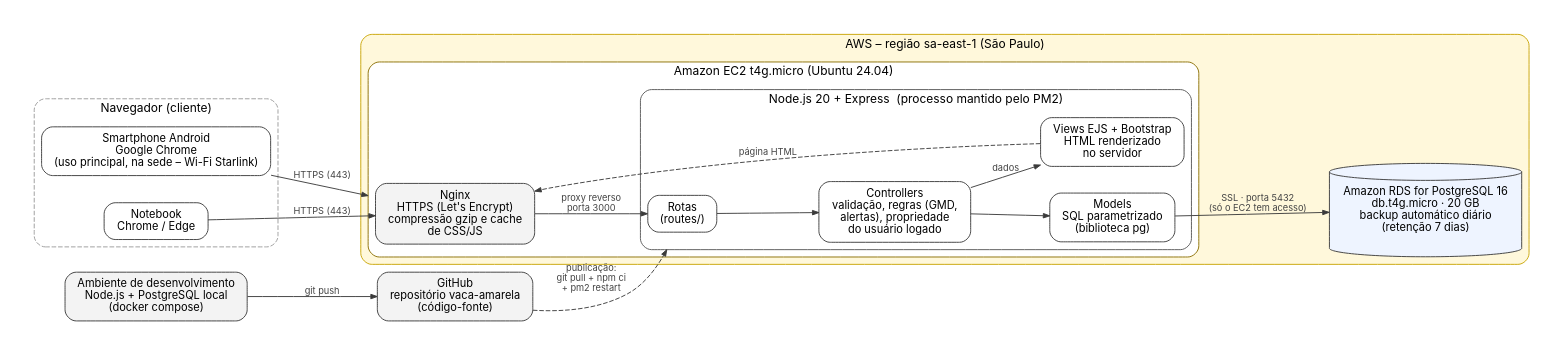
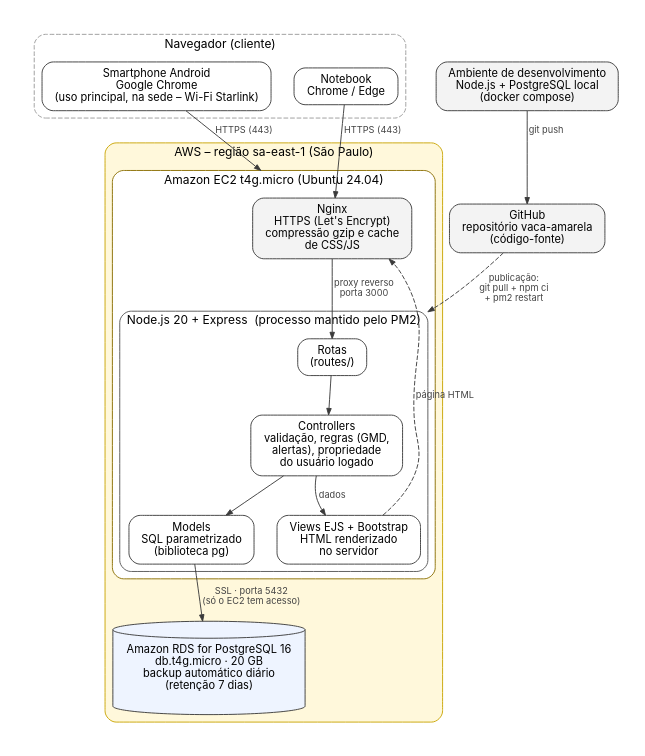
The diagram in docs/diagramas/arquitetura.dot (gabryelasodre/vaca-amarela), drawn with Graphviz before and after one commit. The commit also changed 1 other file, not shown here.

Commit message:
docs: diagrama de arquitetura na vertical para leitura no relatório

```diff
--- a/docs/diagramas/arquitetura.dot
+++ b/docs/diagramas/arquitetura.dot
@@ -1,35 +1,35 @@
 digraph arq {
-  graph [rankdir=LR, fontname="Inter", fontsize=13, nodesep=0.4, ranksep=0.6, pad=0.3, compound=true, bgcolor="white"];
+  graph [rankdir=TB, fontname="Inter", fontsize=13, nodesep=0.35, ranksep=0.45, pad=0.3, compound=true, bgcolor="white"];
   node  [shape=box, style="rounded,filled", fillcolor="#FFFFFF", color="#3A3A3A", fontname="Inter", fontsize=12, margin="0.18,0.1"];
   edge  [color="#3A3A3A", fontname="Inter", fontsize=10, fontcolor="#444444", arrowsize=0.7];
 
   subgraph cluster_user { label="Navegador (cliente)"; style="rounded,dashed"; color="#9A9A9A";
     cel [label="Smartphone Android\nGoogle Chrome\n(uso principal, na sede – Wi-Fi Starlink)"];
     note [label="Notebook\nChrome / Edge"];
   }
 
   subgraph cluster_aws { label="AWS – região sa-east-1 (São Paulo)"; style="rounded,filled"; fillcolor="#FFF8DB"; color="#C9A400";
     subgraph cluster_ec2 { label="Amazon EC2 t4g.micro (Ubuntu 24.04)"; style="rounded,filled"; fillcolor="#FFFFFF"; color="#8A6D00";
       nginx [label="Nginx\nHTTPS (Let's Encrypt)\ncompressão gzip e cache\nde CSS/JS", fillcolor="#F3F3F3"];
       subgraph cluster_node { label="Node.js 20 + Express  (processo mantido pelo PM2)"; style="rounded"; color="#555555";
         rotas [label="Rotas\n(routes/)"];
         ctrl  [label="Controllers\nvalidação, regras (GMD,\nalertas), propriedade\ndo usuário logado"];
         model [label="Models\nSQL parametrizado\n(biblioteca pg)"];
         views [label="Views EJS + Bootstrap\nHTML renderizado\nno servidor"];
       }
     }
     rds [label="Amazon RDS for PostgreSQL 16\ndb.t4g.micro · 20 GB\nbackup automático diário\n(retenção 7 dias)", shape=cylinder, fillcolor="#EEF4FF", margin="0.2,0.15"];
   }
 
   gh [label="GitHub\nrepositório vaca-amarela\n(código-fonte)", fillcolor="#F3F3F3"];
   dev [label="Ambiente de desenvolvimento\nNode.js + PostgreSQL local\n(docker compose)", fillcolor="#F3F3F3"];
 
   cel -> nginx [label=" HTTPS (443)", lhead=cluster_ec2];
   note -> nginx [label=" HTTPS (443)"];
   nginx -> rotas [label=" proxy reverso\n porta 3000"];
   rotas -> ctrl; ctrl -> model; ctrl -> views [dir=both, arrowtail=none, label=" dados"];
   views -> nginx [label=" página HTML", style=dashed, constraint=false];
   model -> rds [label=" SSL · porta 5432\n (só o EC2 tem acesso)"];
   dev -> gh [label=" git push"];
   gh -> rotas [label=" publicação:\n git pull + npm ci\n + pm2 restart", lhead=cluster_node, style=dashed];
 }
```
